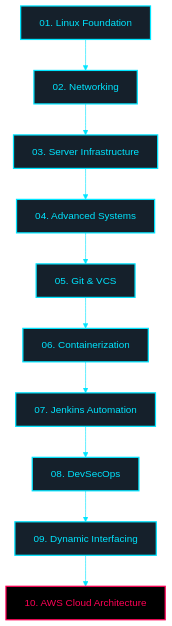
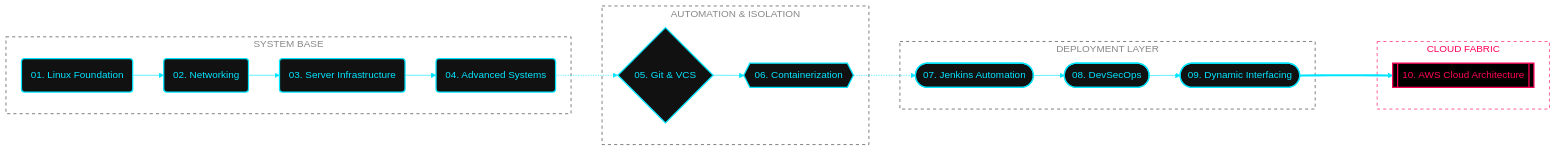
The diagram in README.md (hridyen/DevOps-Survival-Roadmap), drawn with Mermaid before and after one commit. The commit also changed other lines of this file, not shown here.

Commit message:
restructuring

````diff
--- a/README.md
+++ b/README.md
@@ -94,20 +85,44 @@
 ```mermaid
-%%{init: {'theme': 'base', 'themeVariables': { 'primaryColor': '#111111', 'primaryTextColor': '#FFFFFF', 'primaryBorderColor': '#333333', 'lineColor': '#00E5FF', 'fontFamily': 'monospace'}}}%%
-graph TD
-    classDef highlight fill:#15202B,stroke:#00E5FF,stroke-width:2px,color:#00E5FF;
-    classDef current fill:#000000,stroke:#FF0055,stroke-width:2px,color:#FF0055;
-    classDef default fill:#000000,stroke:#333333,stroke-width:1px,color:#FFFFFF;
+%%{init: {'theme': 'base', 'themeVariables': { 'primaryColor': '#111111', 'primaryTextColor': '#00E5FF', 'primaryBorderColor': '#00E5FF', 'lineColor': '#00E5FF', 'fontFamily': 'monospace'}}}%%
+flowchart LR
+    subgraph L1 [SYSTEM BASE]
+        A(01. Linux Foundation)
+        B(02. Networking)
+        C(03. Server Infrastructure)
+        D(04. Advanced Systems)
+    end
+    
+    subgraph L2 [AUTOMATION & ISOLATION]
+        E{05. Git & VCS}
+        F{{06. Containerization}}
+    end
+    
+    subgraph L3 [DEPLOYMENT LAYER]
+        G([07. Jenkins Automation])
+        H([08. DevSecOps])
+        I([09. Dynamic Interfacing])
+    end
 
-    A[01. Linux Foundation]:::highlight
-    B[02. Networking]:::highlight
-    C[03. Server Infrastructure]:::highlight
-    D[04. Advanced Systems]:::highlight
-    E[05. Git & VCS]:::highlight
-    F[06. Containerization]:::highlight
-    G[07. Jenkins Automation]:::highlight
-    H[08. DevSecOps]:::highlight
-    I[09. Dynamic Interfacing]:::highlight
-    J[10. AWS Cloud Architecture]:::current
+    subgraph L4 [CLOUD FABRIC]
+        J[[10. AWS Cloud Architecture]]
+    end
 
-    A --> B --> C --> D --> E --> F --> G --> H --> I --> J
+    A --> B --> C --> D
+    D -.-> E
+    E --> F
+    F -.-> G
+    G --> H --> I
+    I ===> J
+
+    classDef default fill:#0A0A0A,stroke:#333333,stroke-width:1px,color:#FFFFFF,rx:5px,ry:5px;
+    classDef phase fill:#111111,stroke:#00E5FF,stroke-width:2px,color:#00E5FF,rx:5px,ry:5px;
+    classDef active fill:#000000,stroke:#FF0055,stroke-width:2px,color:#FF0055,rx:5px,ry:5px;
+    
+    class A,B,C,D,E,F,G,H,I phase;
+    class J active;
+    
+    style L1 fill:transparent,stroke:#333,stroke-dasharray: 5 5,color:#888
+    style L2 fill:transparent,stroke:#333,stroke-dasharray: 5 5,color:#888
+    style L3 fill:transparent,stroke:#333,stroke-dasharray: 5 5,color:#888
+    style L4 fill:transparent,stroke:#FF0055,stroke-dasharray: 5 5,color:#FF0055
 ```
````
